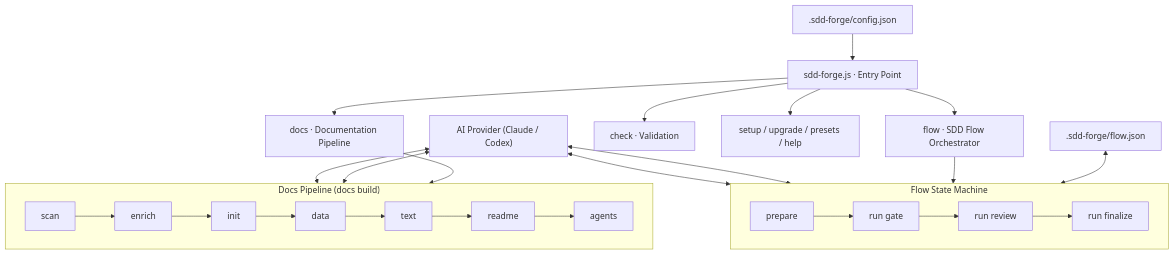
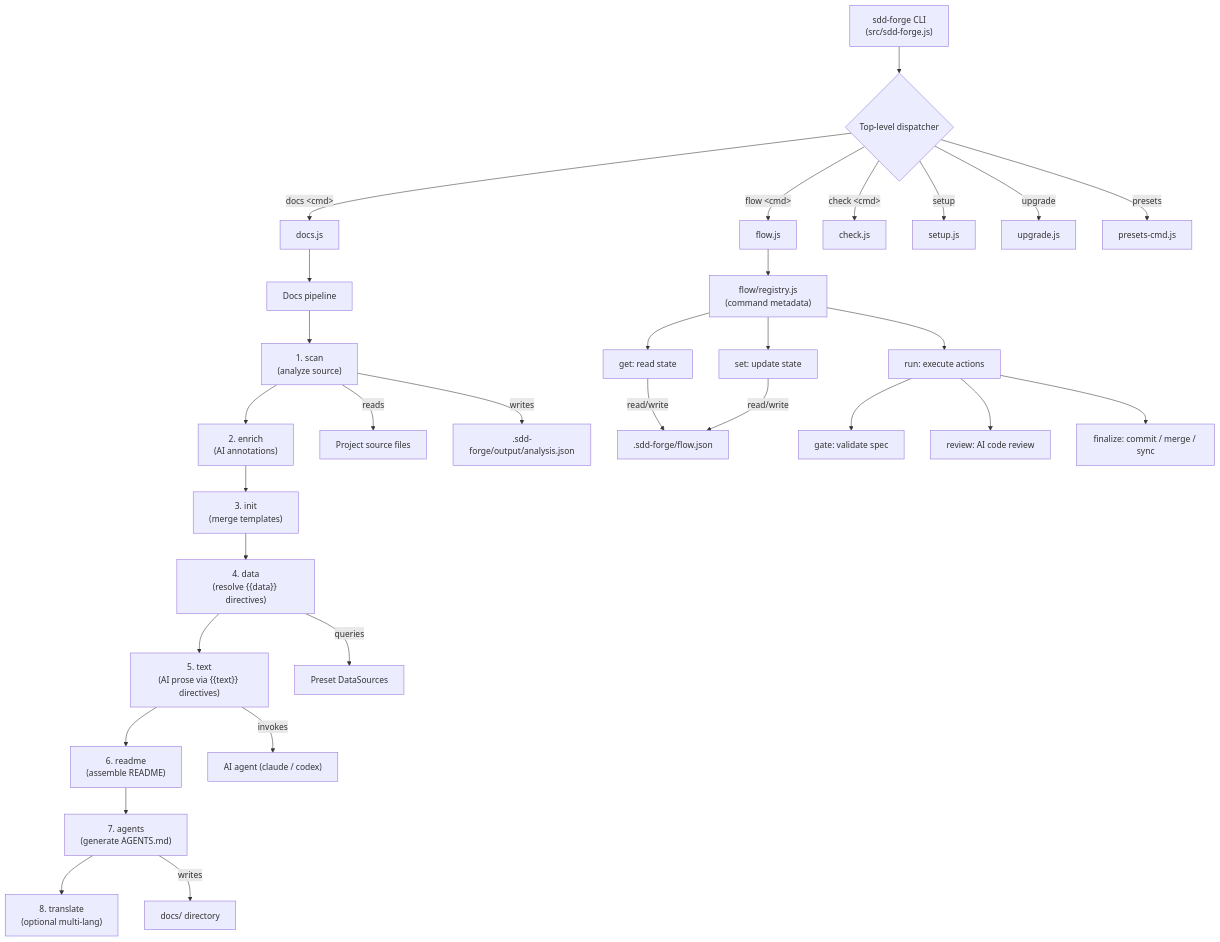
The first of 2 diagrams in docs/overview.md (SpreadWorks/sdd-forge), drawn with Mermaid before and after one commit. The commit also changed other lines of this file and 37 other files, not shown here.

````diff
--- a/docs/overview.md
+++ b/docs/overview.md
@@ -29,25 +29,34 @@
 ```mermaid
 flowchart TD
-    CLI["sdd-forge.js · Entry Point"]
-    CLI --> DOCS["docs · Documentation Pipeline"]
-    CLI --> FLOW["flow · SDD Flow Orchestrator"]
-    CLI --> CHECK["check · Validation"]
-    CLI --> MISC["setup / upgrade / presets / help"]
+    CLI["sdd-forge CLI\n(src/sdd-forge.js)"] --> DISP{Top-level dispatcher}
 
-    subgraph DocsPipeline["Docs Pipeline (docs build)"]
-        direction LR
-        SCAN["scan"] --> ENRICH["enrich"] --> INIT["init"] --> DATA["data"] --> TEXT["text"] --> README_CMD["readme"] --> AGENTS_CMD["agents"]
-    end
+    DISP -->|"docs &lt;cmd&gt;"| DOCS["docs.js"]
+    DISP -->|"flow &lt;cmd&gt;"| FLOW["flow.js"]
+    DISP -->|"check &lt;cmd&gt;"| CHECK["check.js"]
+    DISP -->|"setup"| SETUP["setup.js"]
+    DISP -->|"upgrade"| UPGRADE["upgrade.js"]
+    DISP -->|"presets"| PRESETS["presets-cmd.js"]
 
-    subgraph FlowFSM["Flow State Machine"]
-        direction LR
-        PREPARE_F["prepare"] --> GATE_F["run gate"] --> REVIEW_F["run review"] --> FINALIZE_F["run finalize"]
-    end
+    DOCS --> PIPELINE["Docs pipeline"]
+    PIPELINE --> S1["1. scan\n(analyze source)"] --> S2["2. enrich\n(AI annotations)"]
+    S2 --> S3["3. init\n(merge templates)"]
+    S3 --> S4["4. data\n(resolve {{data}} directives)"]
+    S4 --> S5["5. text\n(AI prose via {{text}} directives)"]
+    S5 --> S6["6. readme\n(assemble README)"] --> S7["7. agents\n(generate AGENTS.md)"]
+    S7 --> S8["8. translate\n(optional multi-lang)"]
 
-    DOCS --> DocsPipeline
-    FLOW --> FlowFSM
+    S1 -->|reads| SRC["Project source files"]
+    S1 -->|writes| ANA[".sdd-forge/output/analysis.json"]
+    S4 -->|queries| DS["Preset DataSources"]
+    S5 -->|invokes| AGENT["AI agent (claude / codex)"]
+    S7 -->|writes| DOCDIR["docs/ directory"]
 
-    CONFIG[".sdd-forge/config.json"] --> CLI
-    AI["AI Provider (Claude / Codex)"] <--> ENRICH & TEXT & GATE_F & REVIEW_F
-    FLOWSTATE[".sdd-forge/flow.json"] <--> FlowFSM
+    FLOW --> REG["flow/registry.js\n(command metadata)"]
+    REG --> GET["get: read state"]
+    REG --> SET["set: update state"]
+    REG --> RUN["run: execute actions"]
+    GET & SET -->|read/write| FJ[".sdd-forge/flow.json"]
+    RUN --> GATE["gate: validate spec"]
+    RUN --> REVIEW["review: AI code review"]
+    RUN --> FIN["finalize: commit / merge / sync"]
 ```
````
